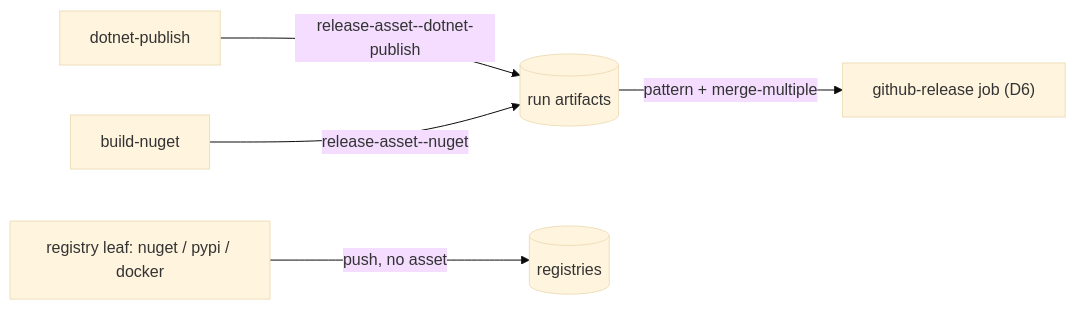
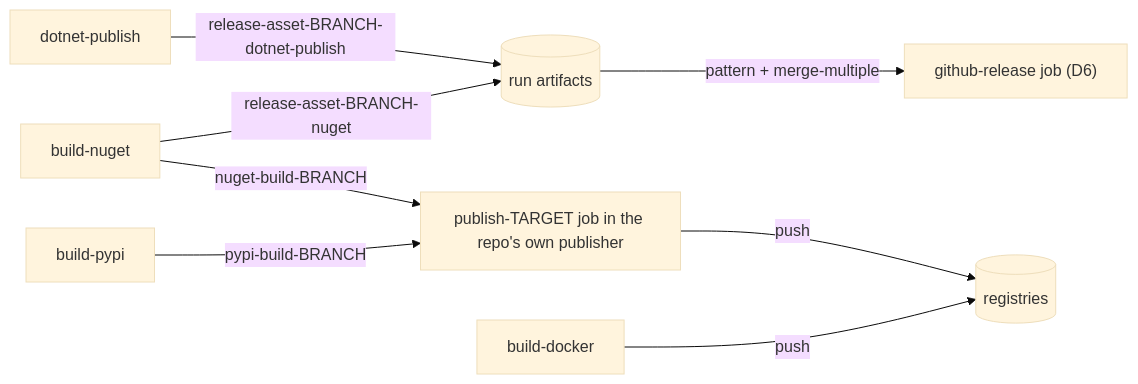
The third of 5 diagrams in WORKFLOW.md (ptr727/ESPHome-Config), drawn with Mermaid (base theme) before and after one commit. The commit also changed other lines of this file and 4 other files, not shown here.

````diff
--- a/WORKFLOW.md
+++ b/WORKFLOW.md
@@ -79,7 +66,10 @@
 ```mermaid
 flowchart LR
-  dotnet[dotnet-publish] -->|release-asset-<branch>-dotnet-publish| store[(run artifacts)]
-  nuget[build-nuget] -->|release-asset-<branch>-nuget| store
+  dotnet[dotnet-publish] -->|release-asset-BRANCH-dotnet-publish| store[(run artifacts)]
+  nuget[build-nuget] -->|release-asset-BRANCH-nuget| store
   store -->|pattern + merge-multiple| rel["github-release job (D6)"]
-  reg[registry leaf: nuget / pypi / docker] -->|push, no asset| registries[(registries)]
+  nuget -->|nuget-build-BRANCH| pub["publish-TARGET job in the repo's own publisher"]
+  pypi[build-pypi] -->|pypi-build-BRANCH| pub
+  pub -->|push| registries[(registries)]
+  docker[build-docker] -->|push| registries
 ```
````
